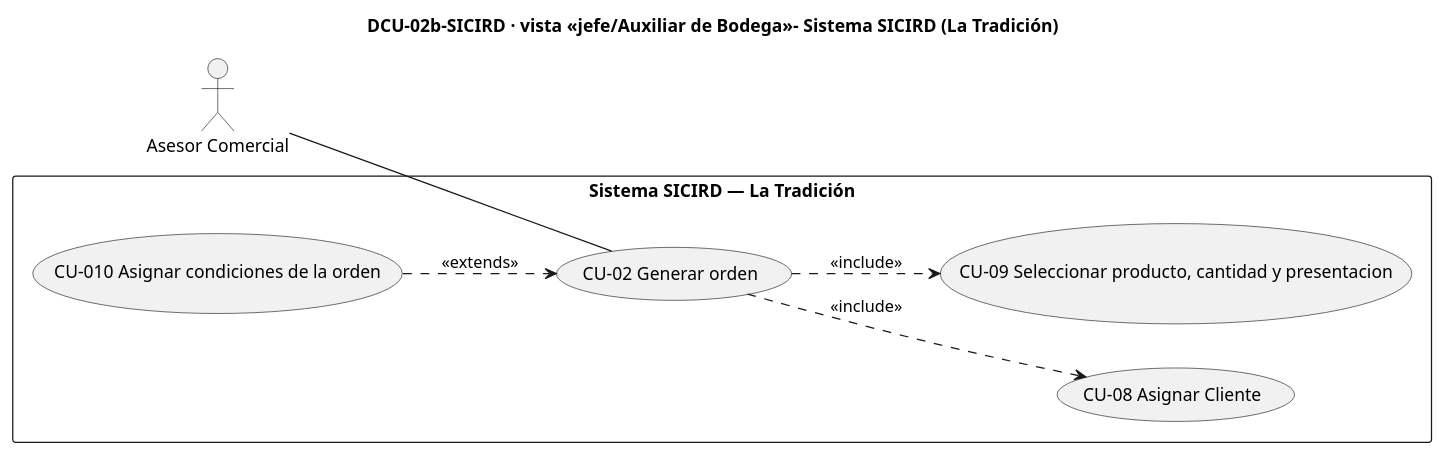
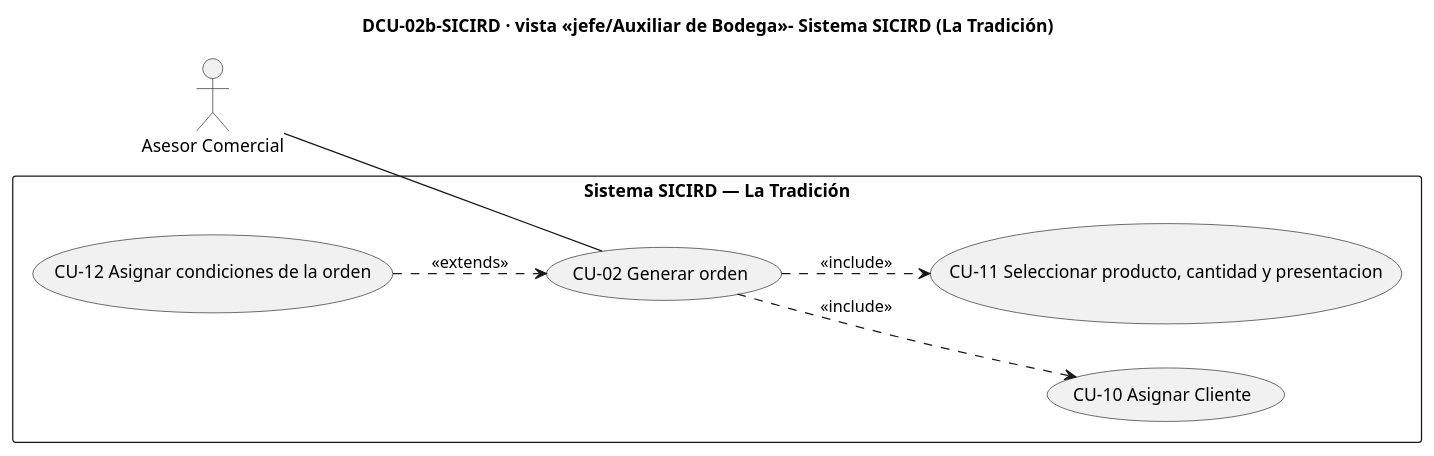
Before and after one commit to Kriner2005/2026-2-IReq-Grupo03: the diagram in DCU-02b.puml, drawn with PlantUML. The commit also changed 3 other files, not shown here.

```diff
--- a/DCU-02b.puml
+++ b/DCU-02b.puml
@@ -1,23 +1,23 @@
 @startuml DCU-02b-SICIRD
 title DCU-02b-SICIRD · vista <<jefe/Auxiliar de Bodega >>- Sistema SICIRD (La Tradición)
 left to right direction
 
 actor "Asesor Comercial" as COM
 
 
 rectangle "Sistema SICIRD — La Tradición" {
   usecase "CU-02 Generar orden" as CU02
-  usecase "CU-08 Asignar Cliente" as CU08
-  usecase "CU-09 Seleccionar producto, cantidad y presentacion" as CU09
-  usecase "CU-010 Asignar condiciones de la orden" as CU10
+  usecase "CU-10 Asignar Cliente" as CU10
+  usecase "CU-11 Seleccionar producto, cantidad y presentacion" as CU11
+  usecase "CU-12 Asignar condiciones de la orden" as CU12
 
 }
 
 COM -- CU02
 
-CU10 ..> CU02 : <<extends>>
-CU02 ..> CU09 : <<include>>
-CU02 ..> CU08 : <<include>>
+CU12 ..> CU02 : <<extends>>
+CU02 ..> CU11 : <<include>>
+CU02 ..> CU10 : <<include>>
 
 
 @enduml
```
